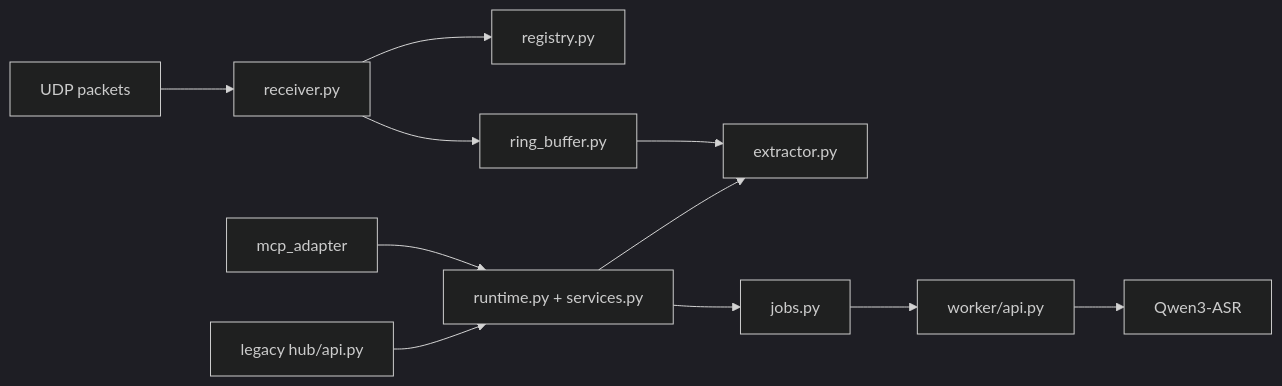
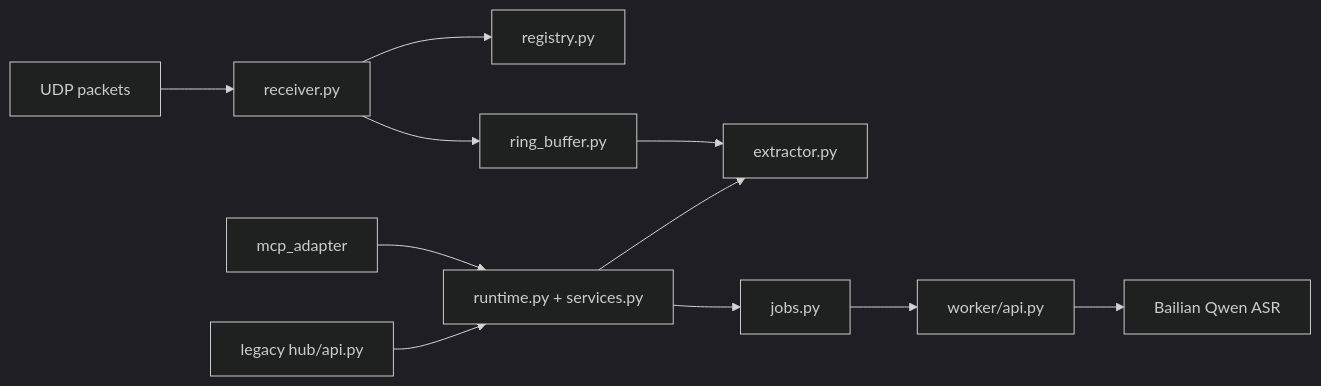
One commit to Tobi1chi/EchoTrigger changed the diagram in Software/pc_hub/README.md. Above: the diagram before and after it, drawn with Mermaid (dark theme). The commit also changed other lines of this file and 7 other files, not shown here.

Commit message:
docs: document Bailian ASR setup

````diff
--- a/Software/pc_hub/README.md
+++ b/Software/pc_hub/README.md
@@ -9,13 +9,13 @@
 ```mermaid
 flowchart LR
   udp["UDP packets"] --> recv["receiver.py"]
   recv --> reg["registry.py"]
   recv --> ring["ring_buffer.py"]
   ring --> ext["extractor.py"]
   runtime["runtime.py + services.py"] --> ext
   runtime --> jobs["jobs.py"]
   mcp["mcp_adapter"] --> runtime
   legacy["legacy hub/api.py"] --> runtime
   jobs --> worker["worker/api.py"]
-  worker --> asr["Qwen3-ASR"]
+  worker --> asr["Bailian Qwen ASR"]
 ```
````
